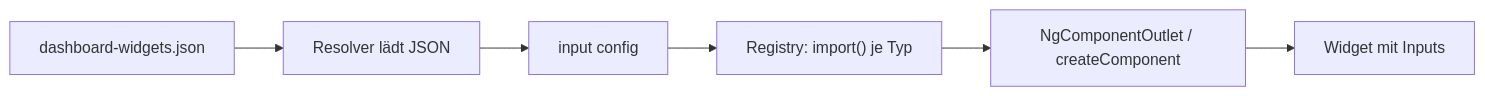
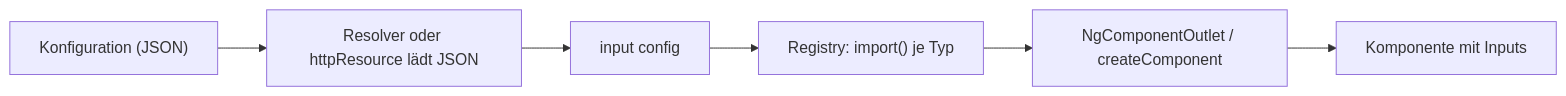
The diagram in m08-advanced-routing/l03-dynamic-components/l03-dynamic-components-thx.md (kodschul/kodschul-angular-open-5), drawn with Mermaid before and after one commit. The commit also changed other lines of this file and 98 other files, not shown here.

````diff
--- a/m08-advanced-routing/l03-dynamic-components/l03-dynamic-components-thx.md
+++ b/m08-advanced-routing/l03-dynamic-components/l03-dynamic-components-thx.md
@@ -147,8 +157,8 @@
 ```mermaid
 flowchart LR
-  J["dashboard-widgets.json"] --> R["Resolver lädt JSON"]
+  J["Konfiguration (JSON)"] --> R["Resolver oder httpResource lädt JSON"]
   R --> C["input config"]
   C --> L["Registry: import() je Typ"]
   L --> O["NgComponentOutlet / createComponent"]
-  O --> W["Widget mit Inputs"]
+  O --> W["Komponente mit Inputs"]
 ```
````
